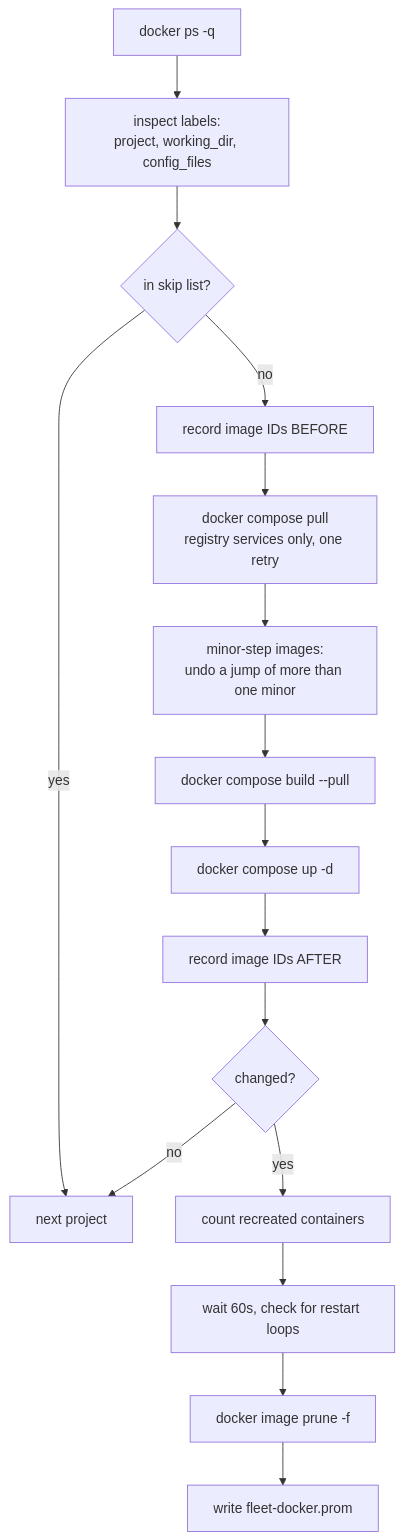
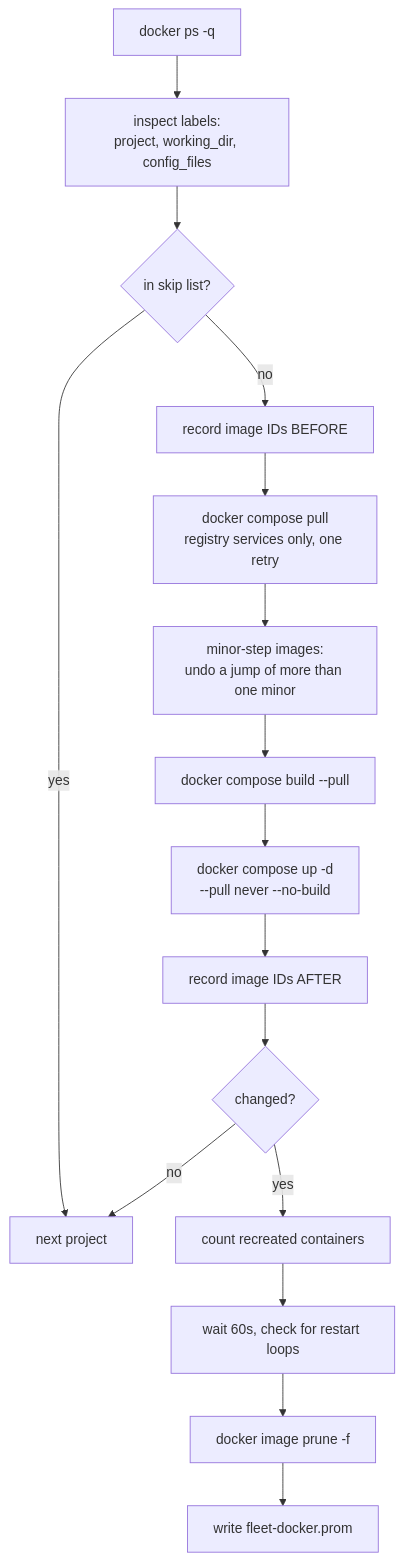
Before and after one commit to HarshitRuwali/homelab-infra: the diagram in ansible/docs/fleet/container-updates.md, drawn with Mermaid. The commit also changed other lines of this file and 89 other files, not shown here.

````diff
--- a/ansible/docs/fleet/container-updates.md
+++ b/ansible/docs/fleet/container-updates.md
@@ -76,18 +76,18 @@
 ```mermaid
 flowchart TD
     A["docker ps -q"] --> B["inspect labels:<br/>project, working_dir, config_files"]
     B --> C{"in skip list?"}
     C -->|yes| Z["next project"]
     C -->|no| D["record image IDs BEFORE"]
     D --> E["docker compose pull<br/>registry services only, one retry"]
     E --> M["minor-step images:<br/>undo a jump of more than one minor"]
     M --> F["docker compose build --pull"]
-    F --> N["docker compose up -d"]
+    F --> N["docker compose up -d<br/>--pull never --no-build"]
     N --> G["record image IDs AFTER"]
     G --> H{"changed?"}
     H -->|yes| I["count recreated containers"]
     H -->|no| Z
     I --> J["wait 60s, check for restart loops"]
     J --> K["docker image prune -f"]
     K --> L["write fleet-docker.prom"]
 ```
````
